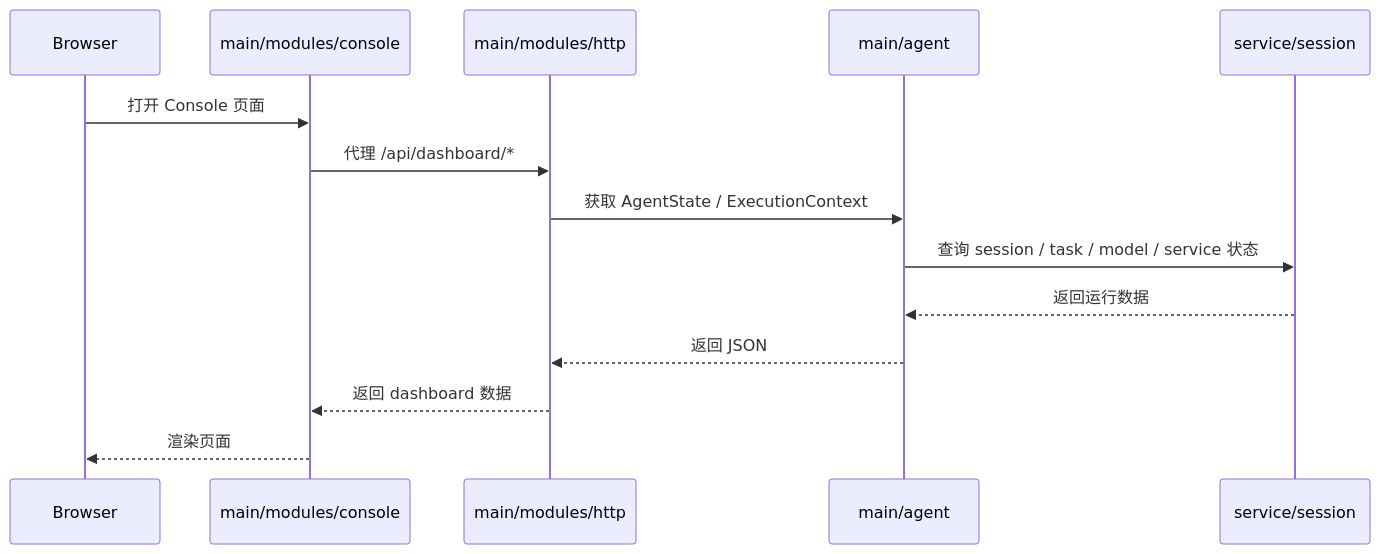
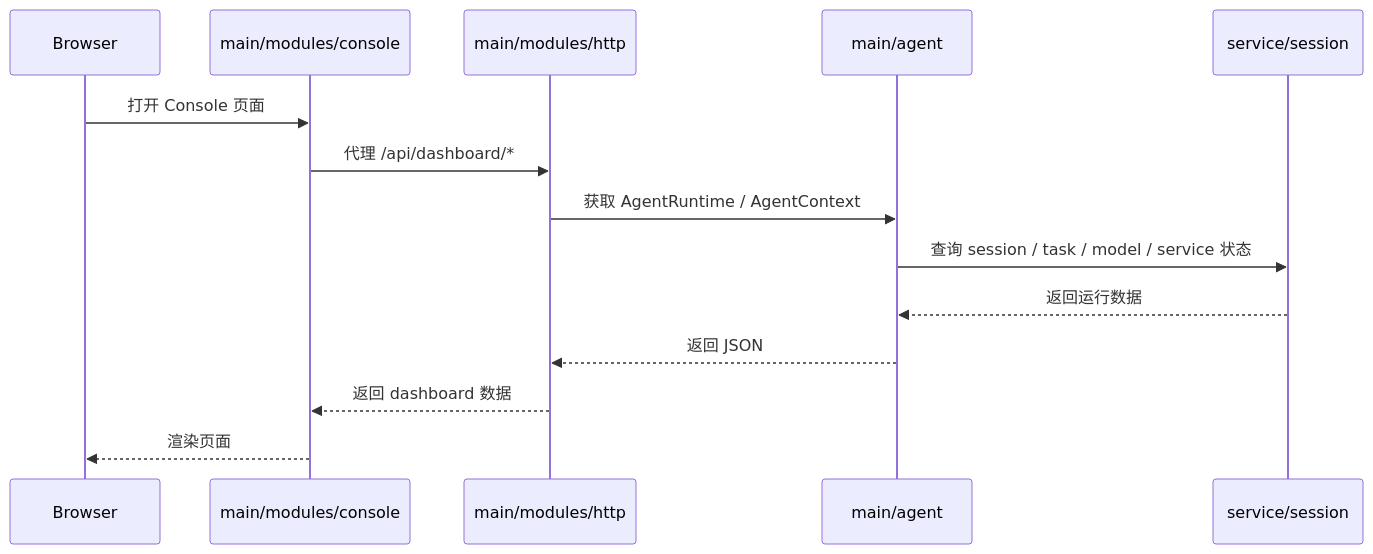
The fourth of 4 diagrams in packages/downcity/docs/package-structure.md (wangenius/downcity), drawn with Mermaid before and after one commit. The commit also changed other lines of this file and 419 other files, not shown here.

````diff
--- a/packages/downcity/docs/package-structure.md
+++ b/packages/downcity/docs/package-structure.md
@@ -547,17 +547,17 @@
 ```mermaid
 sequenceDiagram
   participant B as Browser
   participant C as main/modules/console
   participant H as main/modules/http
   participant A as main/agent
   participant S as service/session
 
   B->>C: 打开 Console 页面
   C->>H: 代理 /api/dashboard/*
-  H->>A: 获取 AgentState / ExecutionContext
+  H->>A: 获取 AgentRuntime / AgentContext
   A->>S: 查询 session / task / model / service 状态
   S-->>A: 返回运行数据
   A-->>H: 返回 JSON
   H-->>C: 返回 dashboard 数据
   C-->>B: 渲染页面
 ```
````
